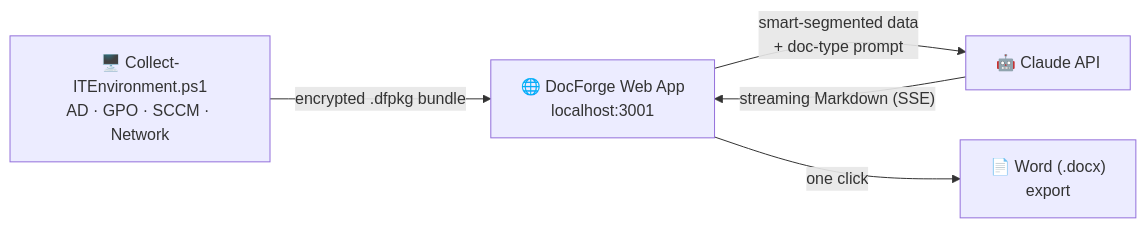
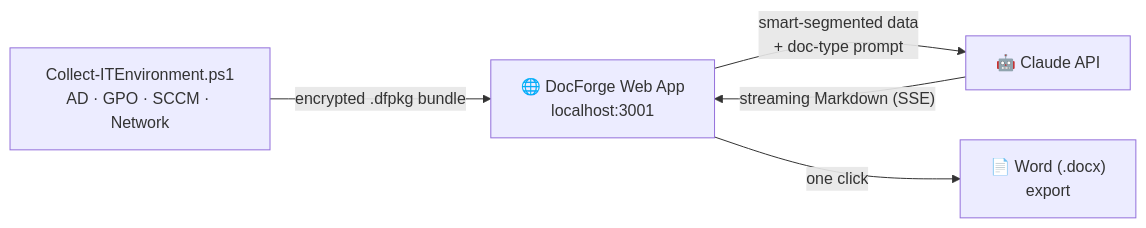
Before and after one commit to monygillon79/Endpoint: the diagram in docforge/readme.md, drawn with Mermaid. The commit also changed other lines of this file, not shown here.

````diff
--- a/docforge/readme.md
+++ b/docforge/readme.md
@@ -30,7 +30,7 @@
 ```mermaid
 graph LR
-    A["🖥️ Collect-ITEnvironment.ps1<br/>AD · GPO · SCCM · Network"] -->|"encrypted .dfpkg bundle"| B["🌐 DocForge Web App<br/>localhost:3001"]
+    A["Collect-ITEnvironment.ps1<br/>AD · GPO · SCCM · Network"] -->|"encrypted .dfpkg bundle"| B["🌐 DocForge Web App<br/>localhost:3001"]
     B -->|"smart-segmented data<br/>+ doc-type prompt"| C["🤖 Claude API"]
     C -->|"streaming Markdown (SSE)"| B
     B -->|"one click"| D["📄 Word (.docx)<br/>export"]
 ```
````
